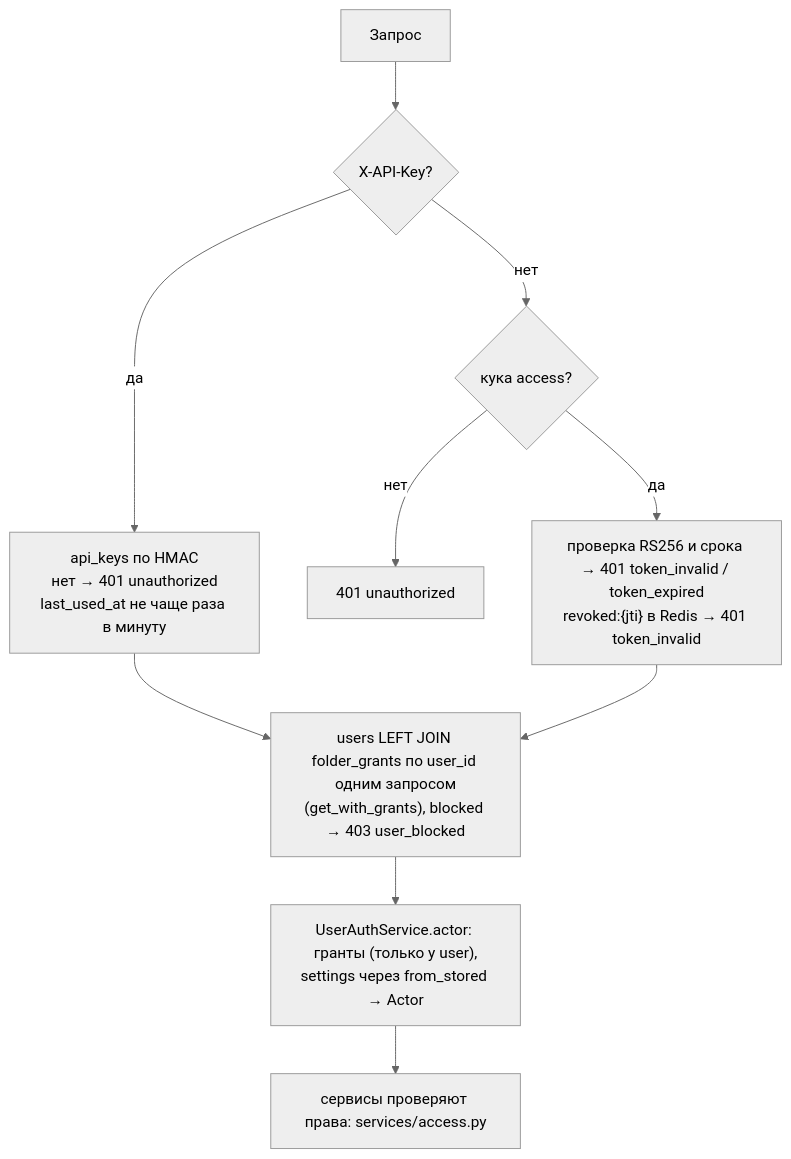
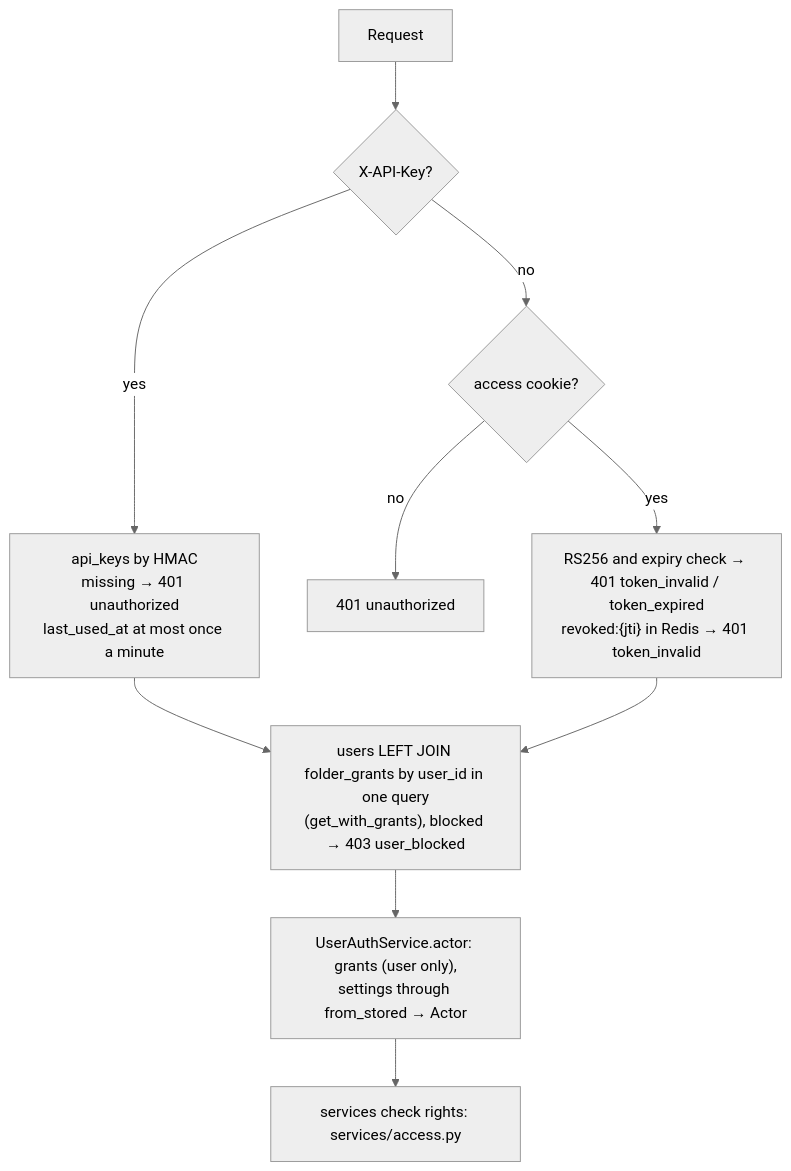
Before and after one commit to NikitkaZXC/tcloud-backend: the third of 3 diagrams in docs/flows/users.md, drawn with Mermaid (neutral theme). The commit also changed other lines of this file and 20 other files, not shown here.

````diff
--- a/docs/flows/users.md
+++ b/docs/flows/users.md
@@ -84,12 +84,12 @@
 ```mermaid
 flowchart TD
-    req["Запрос"] --> k{"X-API-Key?"}
-    k -->|да| key["api_keys по HMAC<br/>нет → 401 unauthorized<br/>last_used_at не чаще раза в минуту"]
-    k -->|нет| c{"кука access?"}
-    c -->|нет| e["401 unauthorized"]
-    c -->|да| jwt["проверка RS256 и срока → 401 token_invalid / token_expired<br/>revoked:{jti} в Redis → 401 token_invalid"]
-    key --> user["users LEFT JOIN folder_grants по user_id одним запросом<br/>(get_with_grants), blocked → 403 user_blocked"]
+    req["Request"] --> k{"X-API-Key?"}
+    k -->|yes| key["api_keys by HMAC<br/>missing → 401 unauthorized<br/>last_used_at at most once a minute"]
+    k -->|no| c{"access cookie?"}
+    c -->|no| e["401 unauthorized"]
+    c -->|yes| jwt["RS256 and expiry check → 401 token_invalid / token_expired<br/>revoked:{jti} in Redis → 401 token_invalid"]
+    key --> user["users LEFT JOIN folder_grants by user_id in one query<br/>(get_with_grants), blocked → 403 user_blocked"]
     jwt --> user
-    user --> actor["UserAuthService.actor: гранты (только у user),<br/>settings через from_stored → Actor"]
-    actor --> svc["сервисы проверяют права: services/access.py"]
+    user --> actor["UserAuthService.actor: grants (user only),<br/>settings through from_stored → Actor"]
+    actor --> svc["services check rights: services/access.py"]
 ```
````
